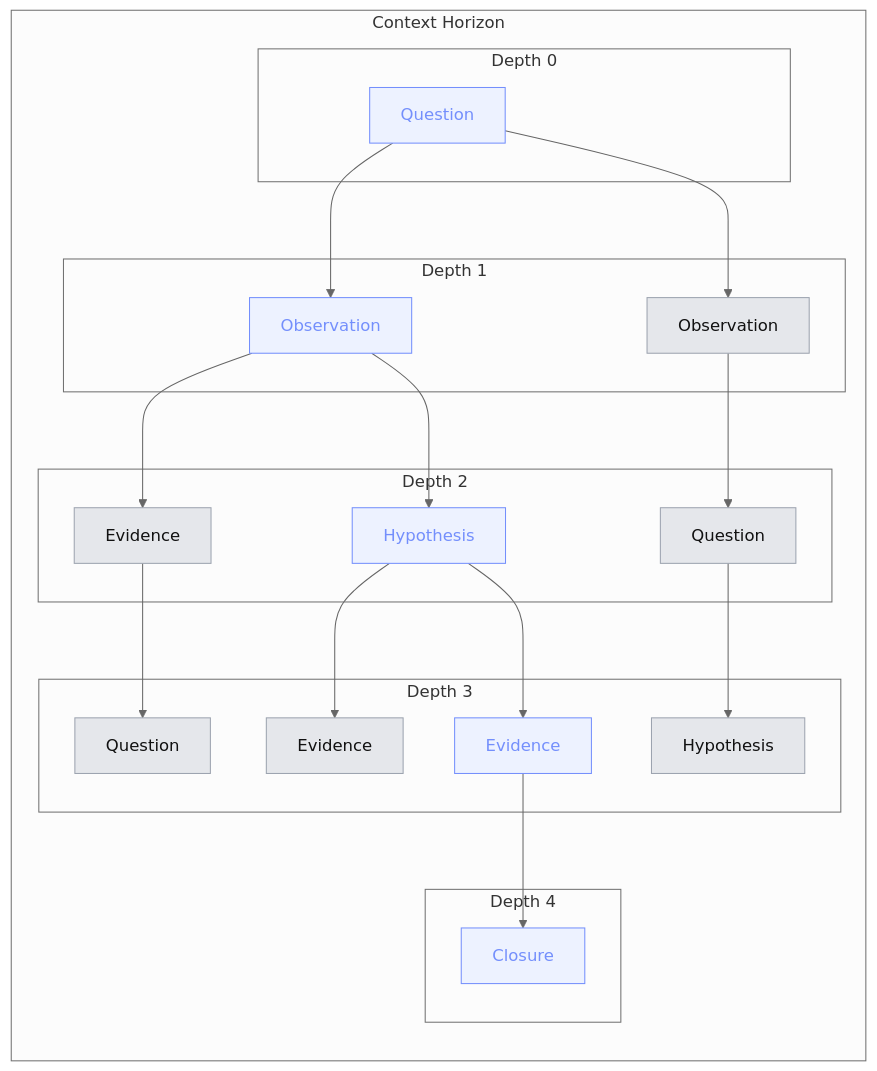
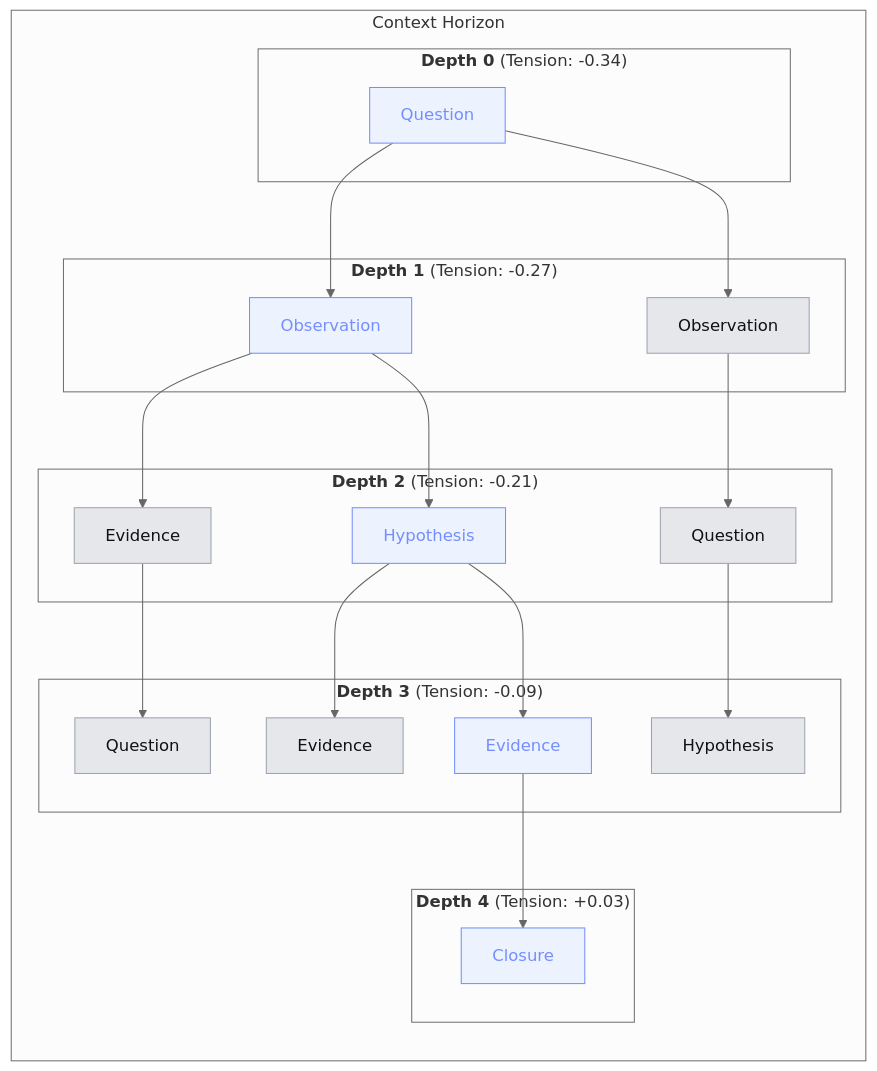
The second of 10 diagrams in content/commons/01-overview.mdx (clairemira/miranova), drawn with Mermaid before and after one commit. The commit also changed other lines of this file and 2 other files, not shown here.

````diff
--- a/content/commons/01-overview.mdx
+++ b/content/commons/01-overview.mdx
@@ -285,59 +290,59 @@
 ```mermaid
 ---
 config:
   flowchart:
     curve: basis
   theme: neutral
 ---
 graph TD
 
   subgraph CH["Context Horizon"]
     direction TB
 
-    subgraph D0["Depth 0"]
+    subgraph D0["<strong>Depth 0</strong> (Tension: -0.34)"]
       A["Question"]
     end
 
-    subgraph D1["Depth 1"]
+    subgraph D1["<strong>Depth 1</strong> (Tension: -0.27)"]
       B["Observation"]
       C["Observation"]
     end
 
-    subgraph D2["Depth 2"]
+    subgraph D2["<strong>Depth 2</strong> (Tension: -0.21)"]
       D["Evidence"]
       E["Hypothesis"]
       F["Question"]
     end
 
-    subgraph D3["Depth 3"]
+    subgraph D3["<strong>Depth 3</strong> (Tension: -0.09)"]
       G["Question"]
       H["Evidence"]
       I["Evidence"]
       J["Hypothesis"]
     end
 
-    subgraph D4["Depth 4"]
+    subgraph D4["<strong>Depth 4</strong> (Tension: +0.03)"]
       K["Closure"]
     end
 
     A --> B
     A --> C
 
     B --> D
     B --> E
     C --> F
 
     D --> G
     E --> H
     E --> I
     F --> J
 
     I --> K
   end
 
   class A,B,E,I,K longestPath
   class D,F,G,H,J,C otherNode
 
   classDef longestPath fill:#edf2ff,stroke:#748ffc,color:#748ffc
   classDef otherNode fill:#e5e7eb,stroke:#9ca3af,color:#111
 ```
````
